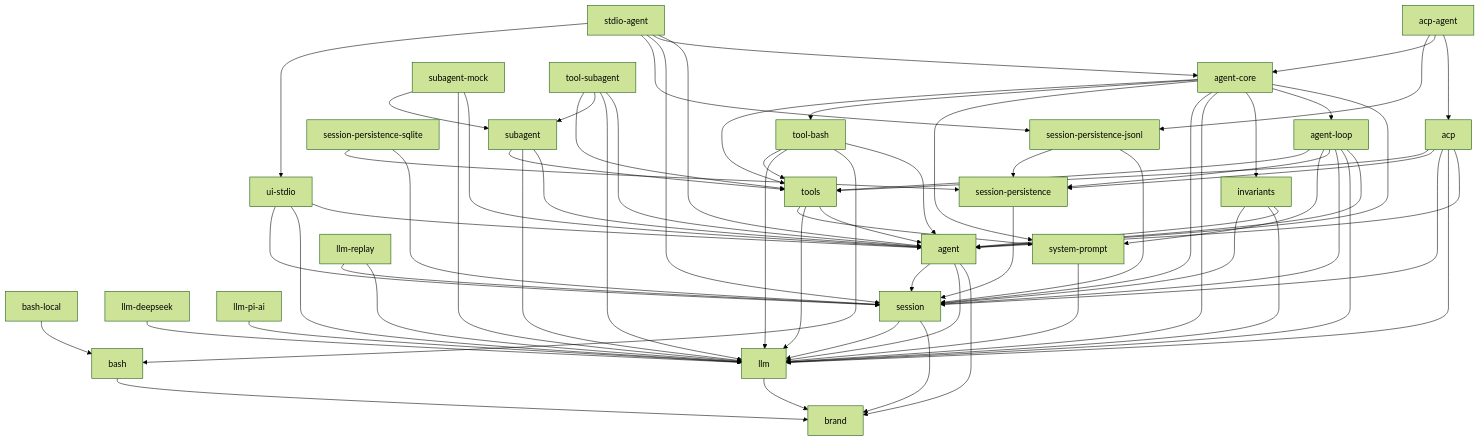
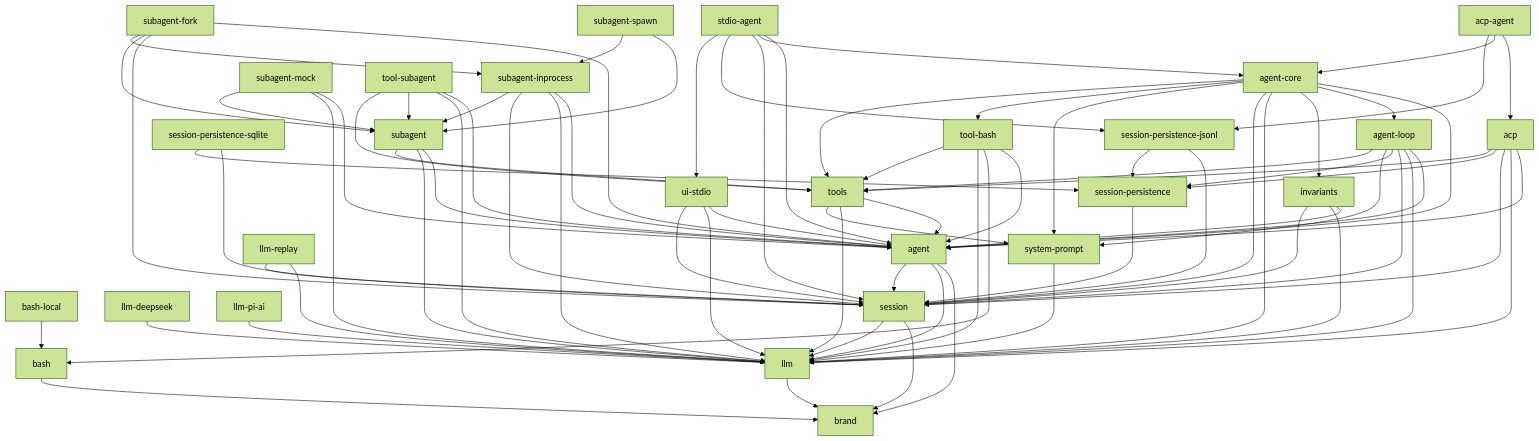
Before and after one commit to eru123/coco-harness: the diagram in docs/module-graph.md, drawn with Mermaid (forest theme). The commit also changed other lines of this file and 38 other files, not shown here.

````diff
--- a/docs/module-graph.md
+++ b/docs/module-graph.md
@@ -8,71 +8,81 @@
 ```mermaid
 graph TD
   bash --> brand
   llm --> brand
   bash-local --> bash
   llm-deepseek --> llm
   llm-pi-ai --> llm
   session --> brand
   session --> llm
   system-prompt --> llm
   agent --> brand
   agent --> llm
   agent --> session
   llm-replay --> llm
   llm-replay --> session
   session-persistence --> session
   invariants --> agent
   invariants --> llm
   invariants --> session
   session-persistence-jsonl --> session
   session-persistence-jsonl --> session-persistence
   session-persistence-sqlite --> session
   session-persistence-sqlite --> session-persistence
   tools --> agent
   tools --> llm
   tools --> system-prompt
   ui-stdio --> agent
   ui-stdio --> llm
   ui-stdio --> session
   acp --> agent
   acp --> llm
   acp --> session
   acp --> session-persistence
   acp --> tools
   agent-loop --> agent
   agent-loop --> llm
   agent-loop --> session
   agent-loop --> session-persistence
   agent-loop --> system-prompt
   agent-loop --> tools
   subagent --> agent
   subagent --> llm
   subagent --> tools
   tool-bash --> agent
   tool-bash --> bash
   tool-bash --> llm
   tool-bash --> tools
   agent-core --> agent
   agent-core --> agent-loop
   agent-core --> invariants
   agent-core --> llm
   agent-core --> session
   agent-core --> system-prompt
   agent-core --> tool-bash
   agent-core --> tools
+  subagent-inprocess --> agent
+  subagent-inprocess --> llm
+  subagent-inprocess --> session
+  subagent-inprocess --> subagent
   subagent-mock --> agent
   subagent-mock --> llm
   subagent-mock --> subagent
   tool-subagent --> agent
   tool-subagent --> llm
   tool-subagent --> subagent
   tool-subagent --> tools
   acp-agent --> acp
   acp-agent --> agent-core
   acp-agent --> session-persistence-jsonl
   stdio-agent --> agent
   stdio-agent --> agent-core
   stdio-agent --> session
   stdio-agent --> session-persistence-jsonl
   stdio-agent --> ui-stdio
+  subagent-fork --> agent
+  subagent-fork --> session
+  subagent-fork --> subagent
+  subagent-fork --> subagent-inprocess
+  subagent-spawn --> subagent
+  subagent-spawn --> subagent-inprocess
 ```
````
